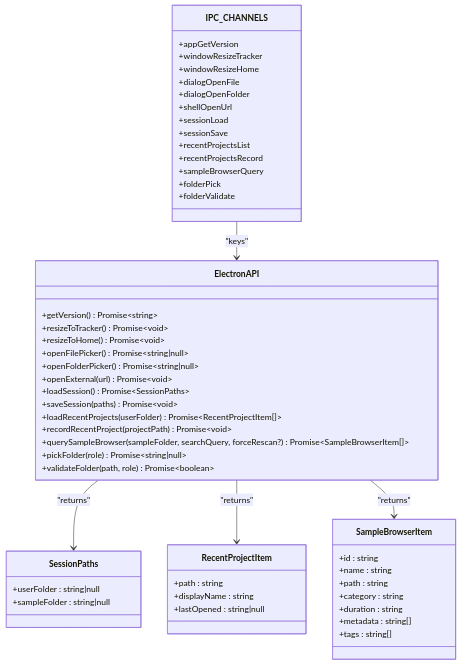
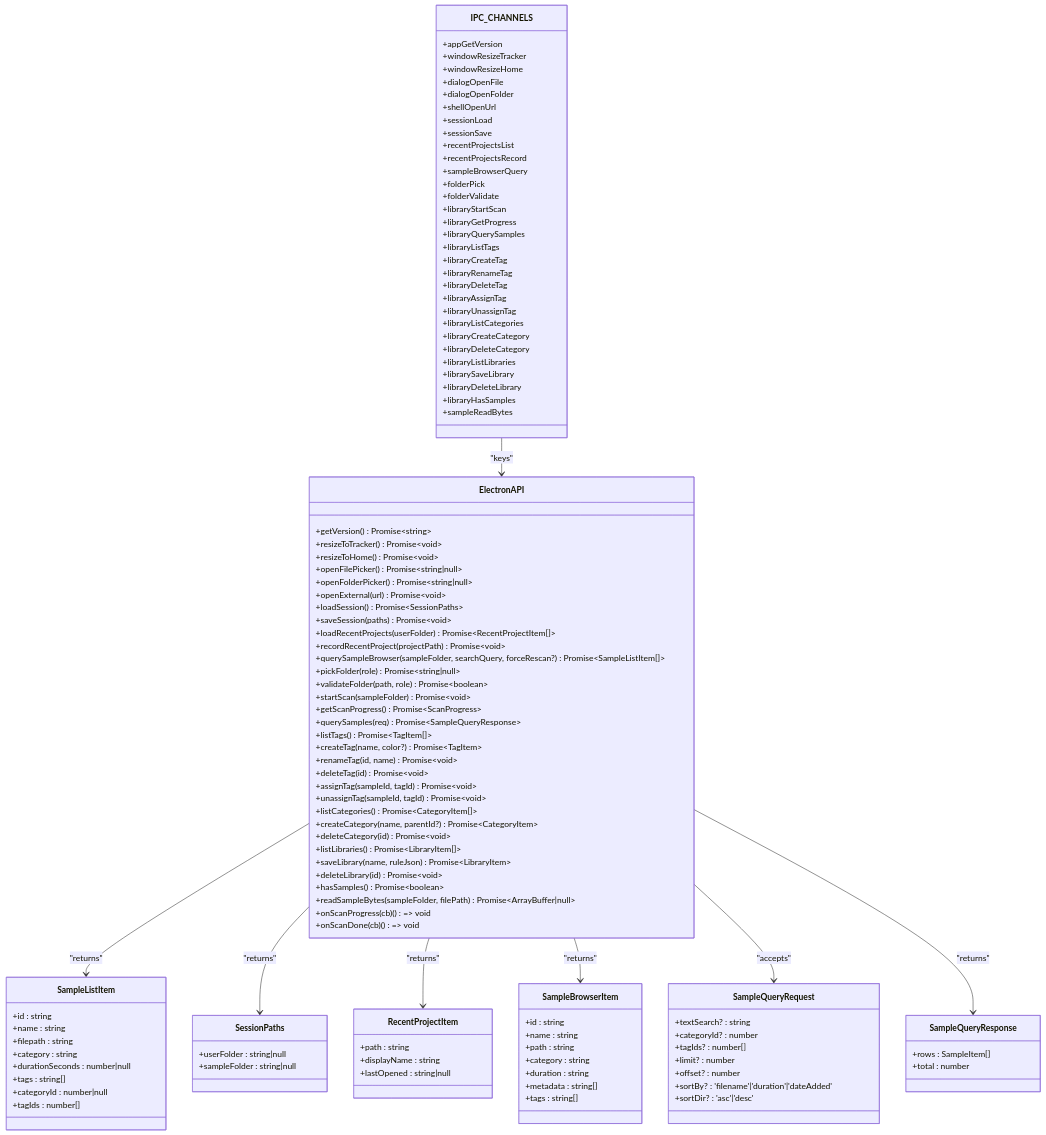
Before and after one commit to satyrlord/mixjam-electron: the third of 8 diagrams in .qoder/repowiki/en/content/IPC Communication.md, drawn with Mermaid. The commit also changed other lines of this file and 7 other files, not shown here.

First line of the commit message:
feat(data-management): centralize audio extensions and add hasSamples function

````diff
--- a/.qoder/repowiki/en/content/IPC Communication.md
+++ b/.qoder/repowiki/en/content/IPC Communication.md
@@ -135,6 +153,23 @@
 +sampleBrowserQuery
 +folderPick
 +folderValidate
++libraryStartScan
++libraryGetProgress
++libraryQuerySamples
++libraryListTags
++libraryCreateTag
++libraryRenameTag
++libraryDeleteTag
++libraryAssignTag
++libraryUnassignTag
++libraryListCategories
++libraryCreateCategory
++libraryDeleteCategory
++libraryListLibraries
++librarySaveLibrary
++libraryDeleteLibrary
++libraryHasSamples
++sampleReadBytes
 }
 class ElectronAPI {
 +getVersion() Promise~string~
@@ -147,9 +182,38 @@
 +saveSession(paths) Promise~void~
 +loadRecentProjects(userFolder) Promise~RecentProjectItem[]~
 +recordRecentProject(projectPath) Promise~void~
-+querySampleBrowser(sampleFolder, searchQuery, forceRescan?) Promise~SampleBrowserItem[]~
++querySampleBrowser(sampleFolder, searchQuery, forceRescan?) Promise~SampleListItem[]~
 +pickFolder(role) Promise~string|null~
 +validateFolder(path, role) Promise~boolean~
++startScan(sampleFolder) Promise~void~
++getScanProgress() Promise~ScanProgress~
++querySamples(req) Promise~SampleQueryResponse~
++listTags() Promise~TagItem[]~
++createTag(name, color?) Promise~TagItem~
++renameTag(id, name) Promise~void~
++deleteTag(id) Promise~void~
++assignTag(sampleId, tagId) Promise~void~
++unassignTag(sampleId, tagId) Promise~void~
++listCategories() Promise~CategoryItem[]~
++createCategory(name, parentId?) Promise~CategoryItem~
++deleteCategory(id) Promise~void~
++listLibraries() Promise~LibraryItem[]~
++saveLibrary(name, ruleJson) Promise~LibraryItem~
++deleteLibrary(id) Promise~void~
++hasSamples() Promise~boolean~
++readSampleBytes(sampleFolder, filePath) Promise~ArrayBuffer|null~
++onScanProgress(cb) () => void
++onScanDone(cb) () => void
+}
+class SampleListItem {
++id : string
++name : string
++filepath : string
++category : string
++durationSeconds : number|null
++tags : string[]
++categoryId : number|null
++tagIds : number[]
 }
 class SessionPaths {
 +userFolder : string|null
@@ -169,8 +233,24 @@
 +metadata : string[]
 +tags : string[]
 }
+class SampleQueryRequest {
++textSearch? : string
++categoryId? : number
++tagIds? : number[]
++limit? : number
++offset? : number
++sortBy? : 'filename'|'duration'|'dateAdded'
++sortDir? : 'asc'|'desc'
+}
+class SampleQueryResponse {
++rows : SampleItem[]
++total : number
+}
 IPC_CHANNELS --> ElectronAPI : "keys"
+ElectronAPI --> SampleListItem : "returns"
 ElectronAPI --> SessionPaths : "returns"
 ElectronAPI --> RecentProjectItem : "returns"
 ElectronAPI --> SampleBrowserItem : "returns"
+ElectronAPI --> SampleQueryRequest : "accepts"
+ElectronAPI --> SampleQueryResponse : "returns"
 ```
````
